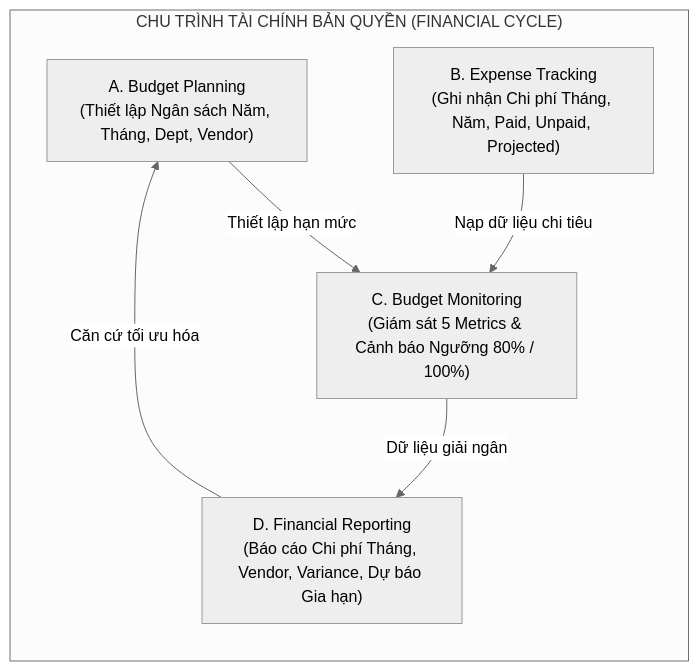
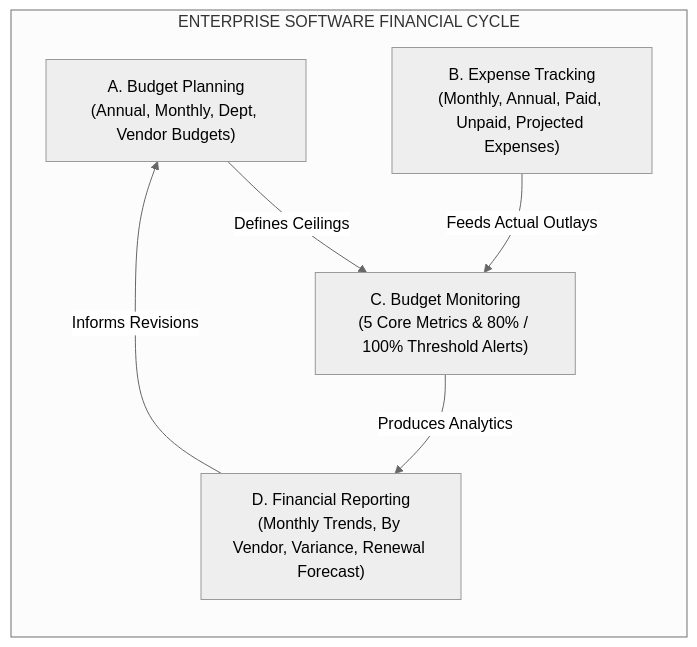
The seventh of 12 diagrams in docs/04-information-architecture-manager.md (cuonglpv/VFast), drawn with Mermaid (neutral theme) before and after one commit. The commit also changed other lines of this file, not shown here.

Commit message:
docs: translate manager IA to English and fix Mermaid diagrams in 3.4 and 4.3

````diff
--- a/docs/04-information-architecture-manager.md
+++ b/docs/04-information-architecture-manager.md
@@ -641,15 +467,15 @@
 ```mermaid
 flowchart LR
-    subgraph M3_Flow["CHU TRÌNH TÀI CHÍNH BẢN QUYỀN (FINANCIAL CYCLE)"]
+    subgraph M3_Flow["ENTERPRISE SOFTWARE FINANCIAL CYCLE"]
         direction TB
-        A["A. Budget Planning<br/>(Thiết lập Ngân sách Năm, Tháng, Dept, Vendor)"]
-        B["B. Expense Tracking<br/>(Ghi nhận Chi phí Tháng, Năm, Paid, Unpaid, Projected)"]
-        C["C. Budget Monitoring<br/>(Giám sát 5 Metrics & Cảnh báo Ngưỡng 80% / 100%)"]
-        D["D. Financial Reporting<br/>(Báo cáo Chi phí Tháng, Vendor, Variance, Dự báo Gia hạn)"]
+        A["A. Budget Planning<br/>(Annual, Monthly, Dept, Vendor Budgets)"]
+        B["B. Expense Tracking<br/>(Monthly, Annual, Paid, Unpaid, Projected Expenses)"]
+        C["C. Budget Monitoring<br/>(5 Core Metrics & 80% / 100% Threshold Alerts)"]
+        D["D. Financial Reporting<br/>(Monthly Trends, By Vendor, Variance, Renewal Forecast)"]
 
-        A -->|Thiết lập hạn mức| C
-        B -->|Nạp dữ liệu chi tiêu| C
-        C -->|Dữ liệu giải ngân| D
-        D -->|Căn cứ tối ưu hóa| A
+        A -->|"Defines Ceilings"| C
+        B -->|"Feeds Actual Outlays"| C
+        C -->|"Produces Analytics"| D
+        D -->|"Informs Revisions"| A
     end
 ```
````
